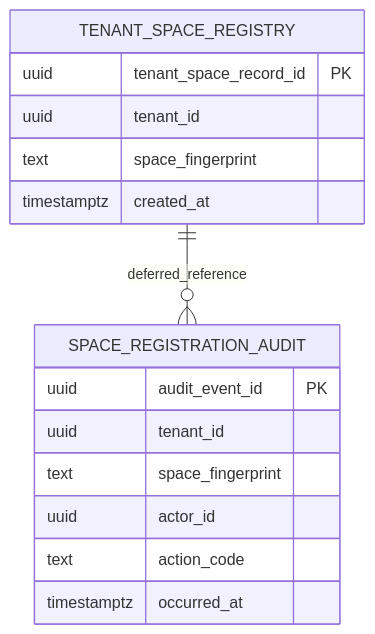
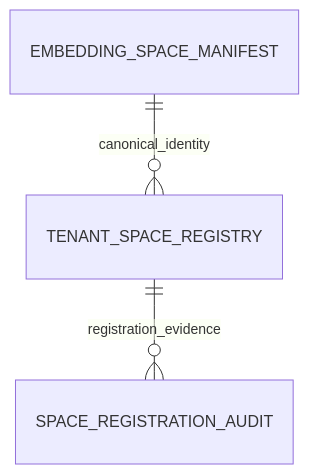
Before and after one commit to ContextualWisdomLab/EmbedRelay: the second of 2 diagrams in docs/product-technical-gap-baseline.md, drawn with Mermaid. The commit also changed other lines of this file, not shown here.

Commit message:
docs: promote manifest persistence gap to verification

````diff
--- a/docs/product-technical-gap-baseline.md
+++ b/docs/product-technical-gap-baseline.md
@@ -89,18 +75,5 @@
 ```mermaid
 erDiagram
-    TENANT_SPACE_REGISTRY ||--o{ SPACE_REGISTRATION_AUDIT : deferred_reference
-    TENANT_SPACE_REGISTRY {
-      uuid tenant_space_record_id PK
-      uuid tenant_id
-      text space_fingerprint
-      timestamptz created_at
-    }
-    SPACE_REGISTRATION_AUDIT {
-      uuid audit_event_id PK
-      uuid tenant_id
-      text space_fingerprint
-      uuid actor_id
-      text action_code
-      timestamptz occurred_at
-    }
+    EMBEDDING_SPACE_MANIFEST ||--o{ TENANT_SPACE_REGISTRY : canonical_identity
+    TENANT_SPACE_REGISTRY ||--o{ SPACE_REGISTRATION_AUDIT : registration_evidence
 ```
````
